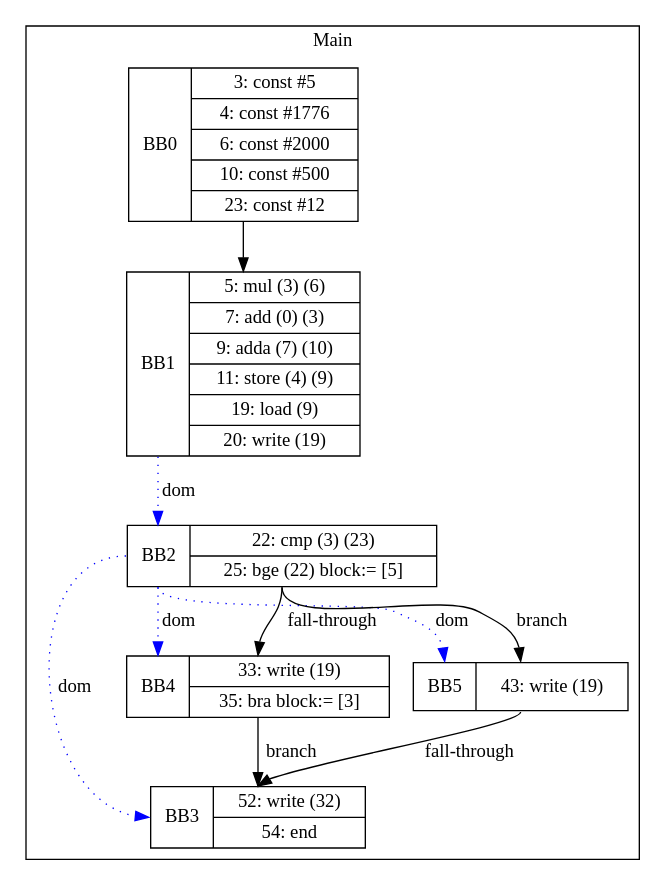
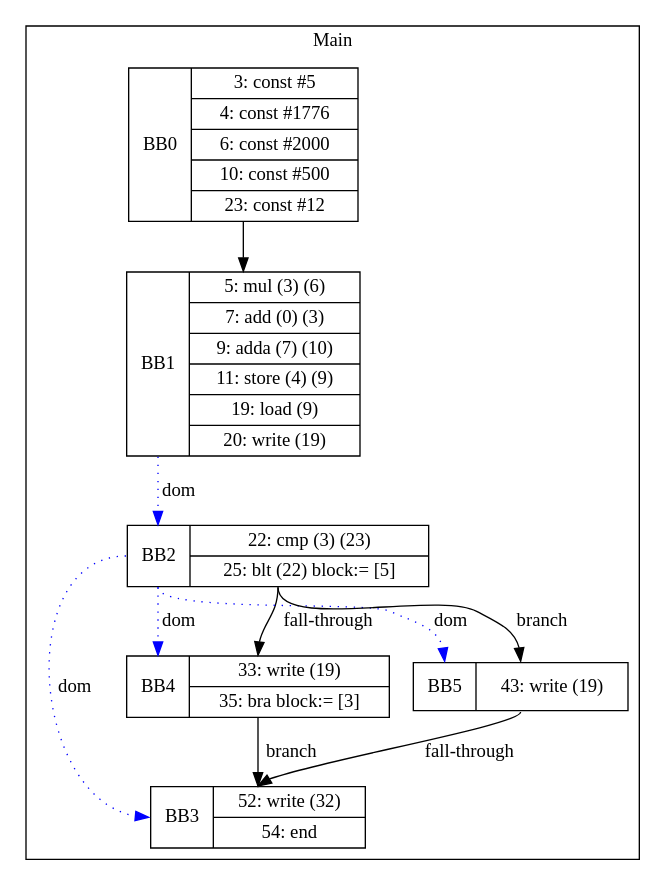
One commit to zjc664656505/UCI-CS241-Advanced-Compiler-main changed the diagram in visualization/jmcgowa/CSE_Tests/IF_ELSE_NO_WRITE.gv. Above: the diagram before and after it, drawn with Graphviz. The commit also changed 46 other files, not shown here.

```diff
--- a/visualization/jmcgowa/CSE_Tests/IF_ELSE_NO_WRITE.gv
+++ b/visualization/jmcgowa/CSE_Tests/IF_ELSE_NO_WRITE.gv
@@ -1,21 +1,21 @@
 digraph G {
 node [shape=record];
 subgraph cluster_main{
 label = "Main";
 BB0 [shape=record, label="<b>BB0|{3: const #5|4: const #1776|6: const #2000|10: const #500|23: const #12}"];
 BB1 [shape=record, label="<b>BB1|{5: mul (3) (6)|7: add (0) (3)|9: adda (7) (10)|11: store (4) (9)|19: load (9)|20: write (19)}"];
-BB2 [shape=record, label="<b>BB2|{22: cmp (3) (23)|25: bge (22) block:= [5]}"];
+BB2 [shape=record, label="<b>BB2|{22: cmp (3) (23)|25: blt (22) block:= [5]}"];
 BB3 [shape=record, label="<b>BB3|{52: write (32)|54: end}"];
 BB4 [shape=record, label="<b>BB4|{33: write (19)|35: bra block:= [3]}"];
 BB5 [shape=record, label="<b>BB5|{43: write (19)}"];
 }
 BB0:s -> BB1:n ;
 BB2:b -> BB3:b [color=blue, style=dotted, label="dom"];
 BB2:b -> BB4:b [color=blue, style=dotted, label="dom"];
 BB1:b -> BB2:b [color=blue, style=dotted, label="dom"];
 BB2:b -> BB5:b [color=blue, style=dotted, label="dom"];
 BB2:s -> BB5:n [label="branch"];
 BB4:s -> BB3:n [label="branch"];
 BB5:s -> BB3:n [label="fall-through"];
 BB2:s -> BB4:n [label="fall-through"];
 }
```
